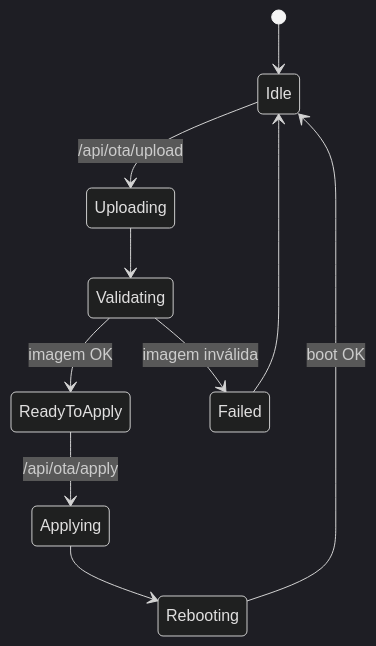
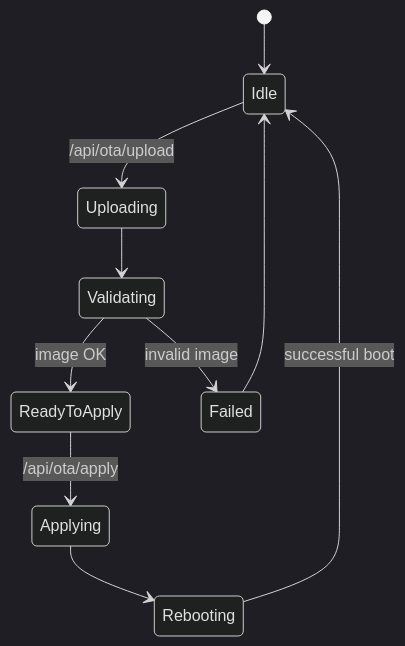
The fourth of 5 diagrams in README.md (paulocfmarques-collab/M5NanoC6_wifi), drawn with Mermaid (dark theme) before and after one commit. The commit also changed other lines of this file, not shown here.

````diff
--- a/README.md
+++ b/README.md
@@ -249,12 +249,12 @@
 ```mermaid
 stateDiagram-v2
     [*] --> Idle
     Idle --> Uploading: /api/ota/upload
     Uploading --> Validating
-    Validating --> ReadyToApply: imagem OK
-    Validating --> Failed: imagem inválida
+    Validating --> ReadyToApply: image OK
+    Validating --> Failed: invalid image
     ReadyToApply --> Applying: /api/ota/apply
     Applying --> Rebooting
-    Rebooting --> Idle: boot OK
+    Rebooting --> Idle: successful boot
     Failed --> Idle
 ```
````
